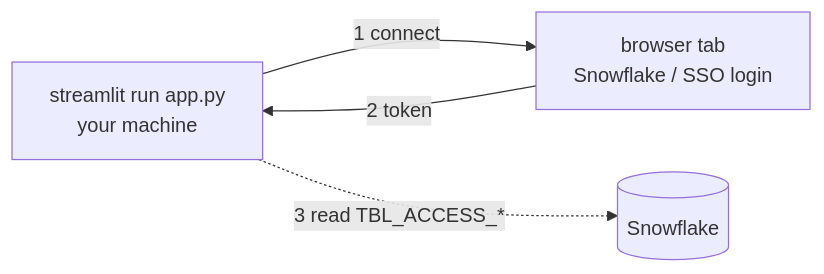
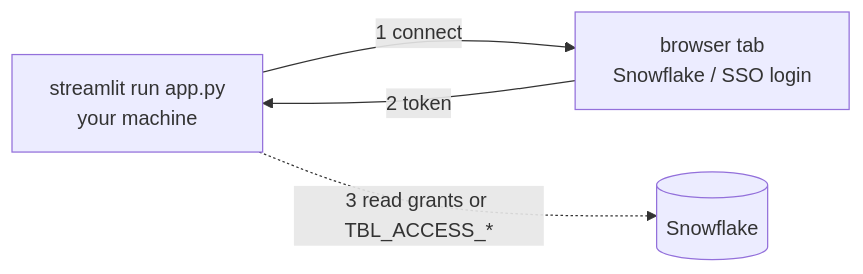
Before and after one commit to darshanmeel/snowflake-access-explorer: the third of 4 diagrams in access-explorer/README.md, drawn with Mermaid. The commit also changed other lines of this file and 7 other files, not shown here.

First line of the commit message:
Direct mode: read grants straight from Snowflake when procedures can't be created; README How to run

````diff
--- a/access-explorer/README.md
+++ b/access-explorer/README.md
@@ -55,6 +86,6 @@
 ```mermaid
 flowchart LR
   A["streamlit run app.py<br/>your machine"] -- "1 connect" --> B["browser tab<br/>Snowflake / SSO login"]
   B -- "2 token" --> A
-  A -. "3 read TBL_ACCESS_*" .-> C[("Snowflake")]
+  A -. "3 read grants or TBL_ACCESS_*" .-> C[("Snowflake")]
 ```
````
